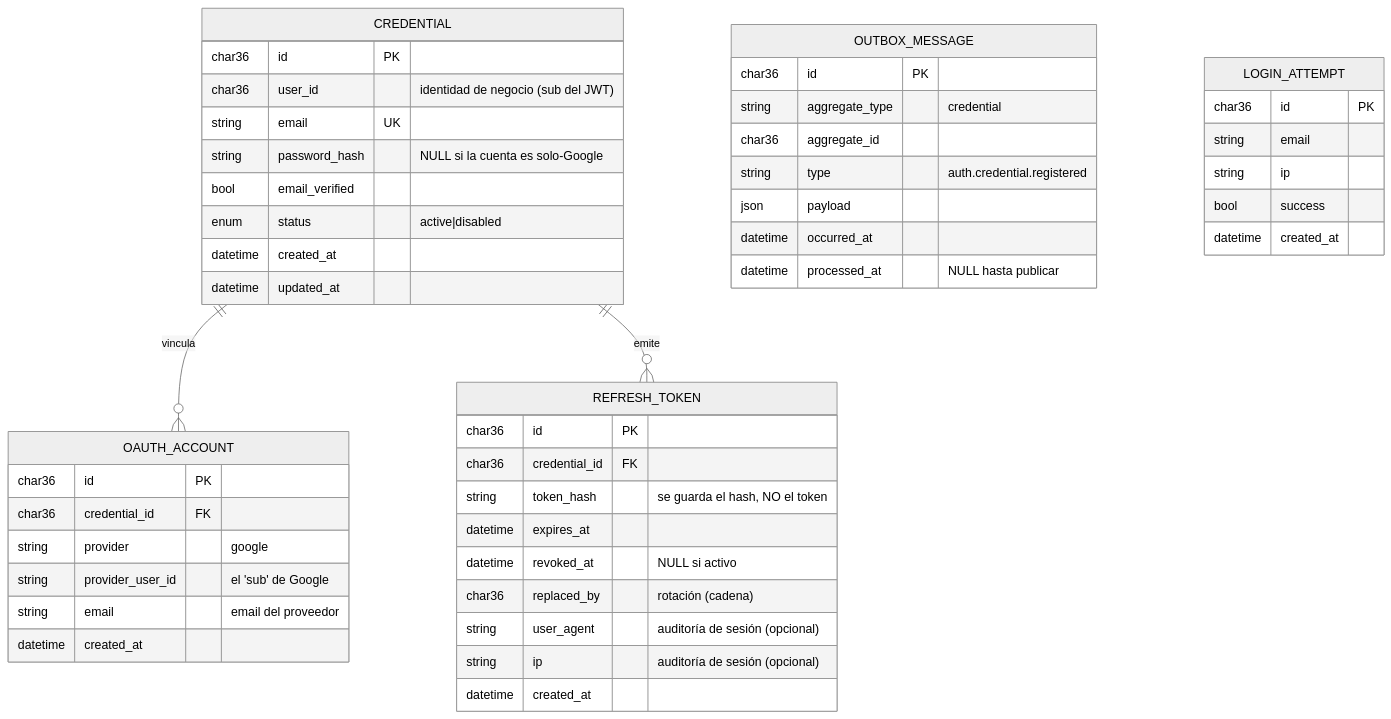
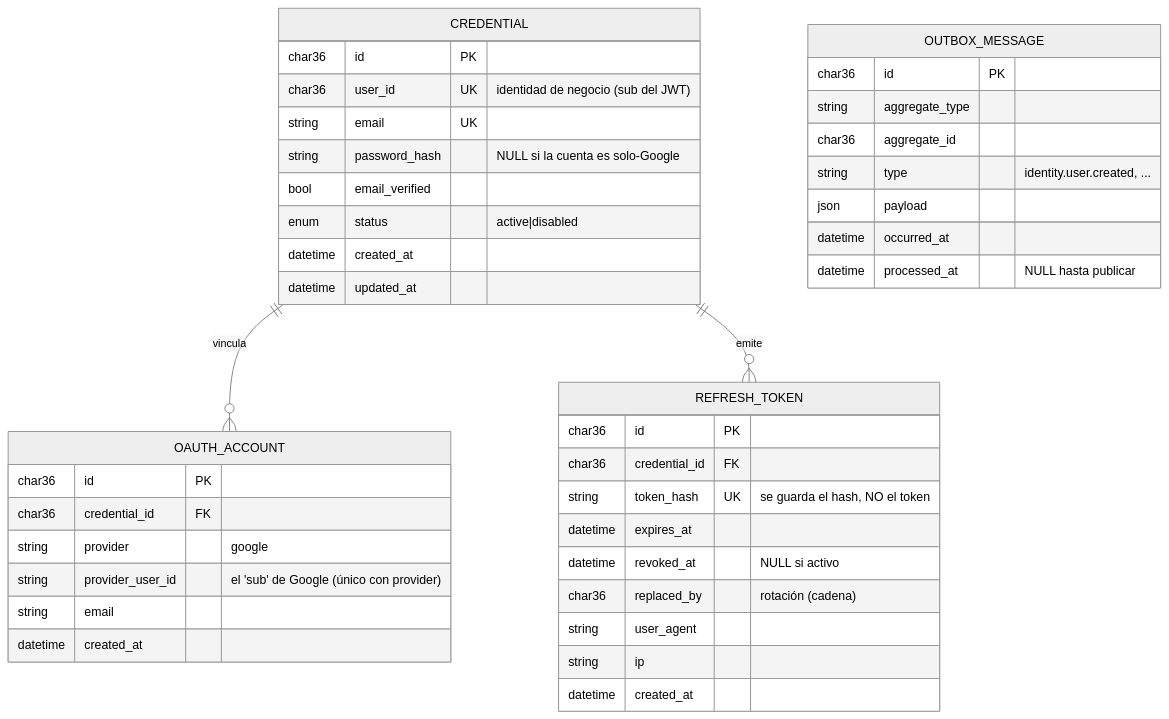
One commit to facturero/auth-service-node changed the first of 6 diagrams in README.md. Above: the diagram before and after it, drawn with Mermaid (neutral theme). The commit also changed other lines of this file and 58 other files, not shown here.

````diff
--- a/README.md
+++ b/README.md
@@ -179,51 +178,44 @@
 ```mermaid
 erDiagram
     CREDENTIAL ||--o{ OAUTH_ACCOUNT : vincula
     CREDENTIAL ||--o{ REFRESH_TOKEN : emite
 
     CREDENTIAL {
         char36 id PK
-        char36 user_id "identidad de negocio (sub del JWT)"
+        char36 user_id UK "identidad de negocio (sub del JWT)"
         string email UK
         string password_hash "NULL si la cuenta es solo-Google"
         bool email_verified
         enum status "active|disabled"
         datetime created_at
         datetime updated_at
     }
     OAUTH_ACCOUNT {
         char36 id PK
         char36 credential_id FK
         string provider "google"
-        string provider_user_id "el 'sub' de Google"
-        string email "email del proveedor"
+        string provider_user_id "el 'sub' de Google (único con provider)"
+        string email
         datetime created_at
     }
     REFRESH_TOKEN {
         char36 id PK
         char36 credential_id FK
-        string token_hash "se guarda el hash, NO el token"
+        string token_hash UK "se guarda el hash, NO el token"
         datetime expires_at
         datetime revoked_at "NULL si activo"
         char36 replaced_by "rotación (cadena)"
-        string user_agent "auditoría de sesión (opcional)"
-        string ip "auditoría de sesión (opcional)"
+        string user_agent
+        string ip
         datetime created_at
     }
     OUTBOX_MESSAGE {
         char36 id PK
-        string aggregate_type "credential"
+        string aggregate_type
         char36 aggregate_id
-        string type "auth.credential.registered"
+        string type "identity.user.created, ..."
         json payload
         datetime occurred_at
         datetime processed_at "NULL hasta publicar"
     }
-    LOGIN_ATTEMPT {
-        char36 id PK
-        string email
-        string ip
-        bool success
-        datetime created_at
-    }
 ```
````
